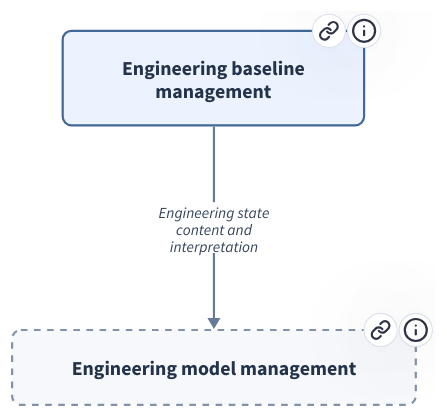
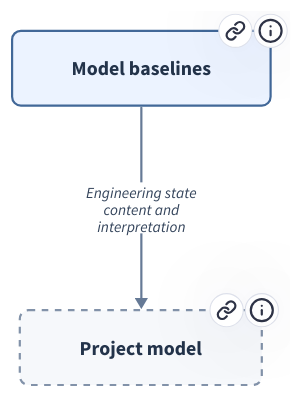
The diagram in design/architecture/views/browser/diagrams/module-MOD-005.d2 (xiongxianfei/rigorloop), drawn with D2 before and after one commit. The commit also changed 378 other files, not shown here.

First line of the commit message:
Refine engineering design and architecture browser

```diff
--- a/design/architecture/views/browser/diagrams/module-MOD-005.d2
+++ b/design/architecture/views/browser/diagrams/module-MOD-005.d2
@@ -1,37 +1,37 @@
 # Generated from canonical REM records; do not edit.
-# Source identity: 2cf8f01cf8087e0b226dbd431d6452970b13954a16b84408d91173987708417e
+# Source identity: 3b423207b261cd33066f4517d60da462b029232e9d9a626120e9b455a4b27e5a
 # Arrows show consumer -> provider; they do not show execution order.
 vars: {
   d2-config: {
     layout-engine: elk
   }
 }
 direction: down
 
-m_4d4f442d303035: "Engineering baseline\nmanagement" {
+m_4d4f442d303035: "Model baselines" {
   link: "#module/MOD-005"
-  tooltip: "Engineering baseline management (MOD-005)"
+  tooltip: "Model baselines (MOD-005)"
   style.fill: "#ECF3FF"
   style.stroke: "#426898"
   style.font-color: "#23334A"
   style.font-size: 18
   style.border-radius: 8
 }
-m_4d4f442d303136: "Engineering model management" {
+m_4d4f442d303136: "Project model" {
   link: "#module/MOD-016"
-  tooltip: "Engineering model management (MOD-016)"
+  tooltip: "Project model (MOD-016)"
   style.fill: "#F6F8FB"
   style.stroke: "#8292A9"
   style.font-color: "#23334A"
   style.font-size: 18
   style.border-radius: 8
   style.stroke-dash: 3
 }
 m_4d4f442d303035 -> m_4d4f442d303136: "Engineering state\ncontent and\ninterpretation" {
   link: "#interface/IF-007"
   tooltip: "Engineering state content and interpretation (IF-007)"
   style.stroke: "#667A96"
   style.font-color: "#34445B"
   style.fill: "#FFFFFF"
   style.font-size: 14
 }
```
